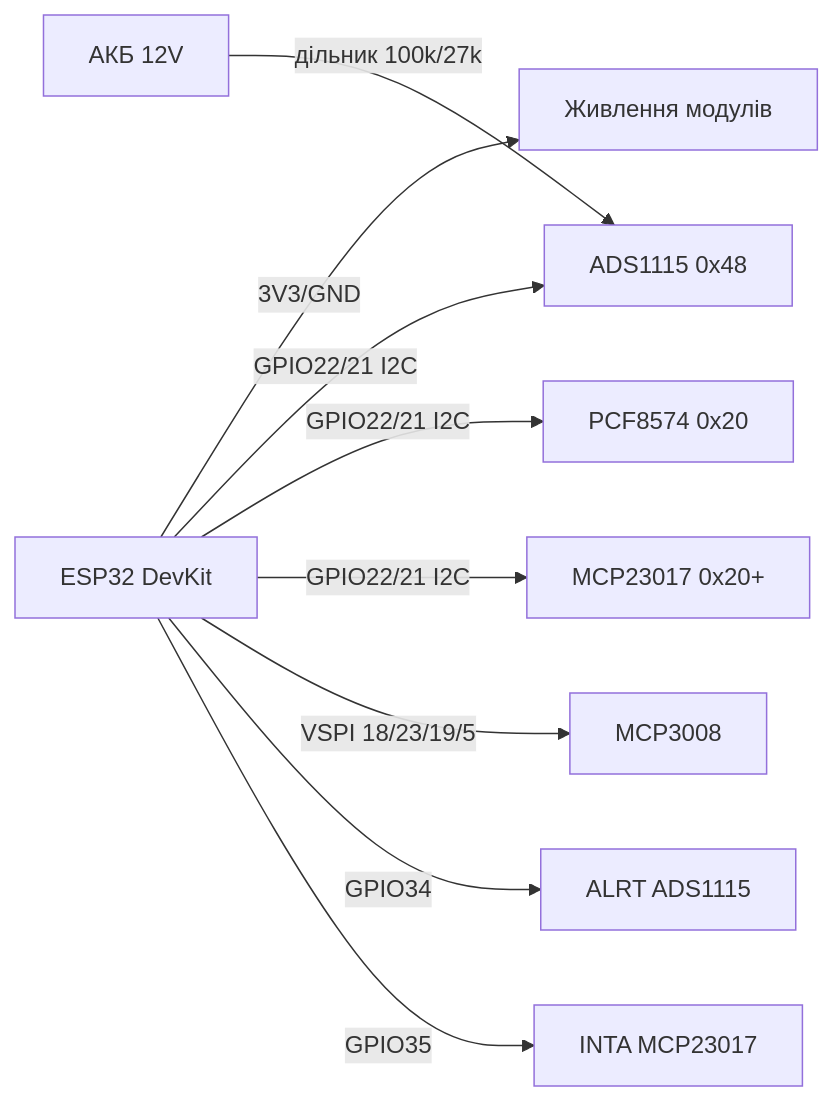
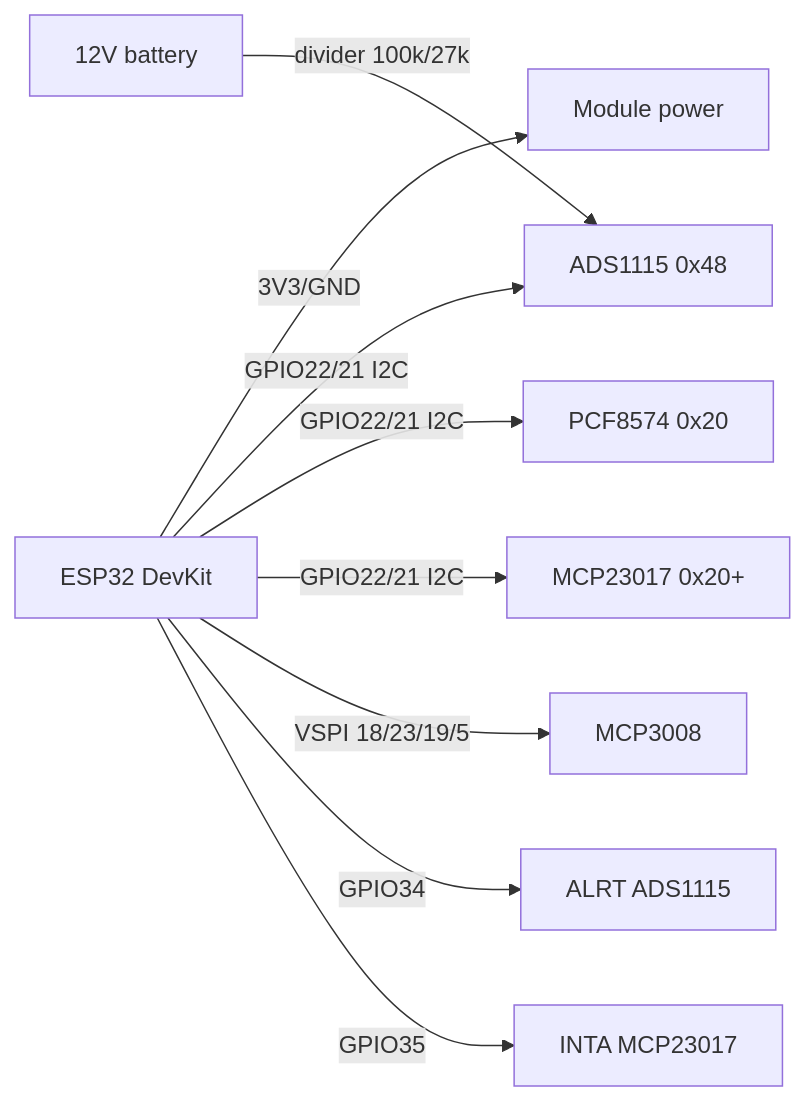
Before and after one commit to ksalab/embedded-reference: the diagram in obsidian_vault/ESP32-Reference/EN/10-Sensors/09-ADS1115-MCP3008-PCF8574-MCP23017.en.md, drawn with Mermaid. The commit also changed other lines of this file and 76 other files, not shown here.

````diff
--- a/obsidian_vault/ESP32-Reference/EN/10-Sensors/09-ADS1115-MCP3008-PCF8574-MCP23017.en.md
+++ b/obsidian_vault/ESP32-Reference/EN/10-Sensors/09-ADS1115-MCP3008-PCF8574-MCP23017.en.md
@@ -92,11 +92,11 @@
 ```mermaid
 graph LR
-    ESP32[ESP32 DevKit] -->|3V3/GND| PWR[Живлення модулів]
+    ESP32[ESP32 DevKit] -->|3V3/GND| PWR[Module power]
     ESP32 -->|GPIO22/21 I2C| ADS[ADS1115 0x48]
     ESP32 -->|GPIO22/21 I2C| PCF[PCF8574 0x20]
     ESP32 -->|GPIO22/21 I2C| MCP[MCP23017 0x20+]
     ESP32 -->|VSPI 18/23/19/5| SPI[MCP3008]
     ESP32 -->|GPIO34| ALRT[ALRT ADS1115]
     ESP32 -->|GPIO35| INT[INTA MCP23017]
-    BAT[АКБ 12V] -->|дільник 100k/27k| ADS
+    BAT[12V battery] -->|divider 100k/27k| ADS
 ```
````
